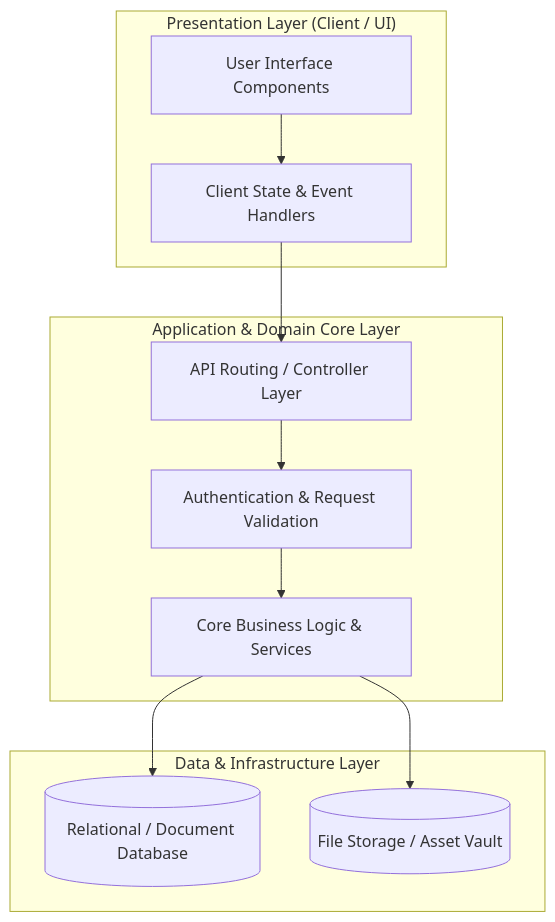
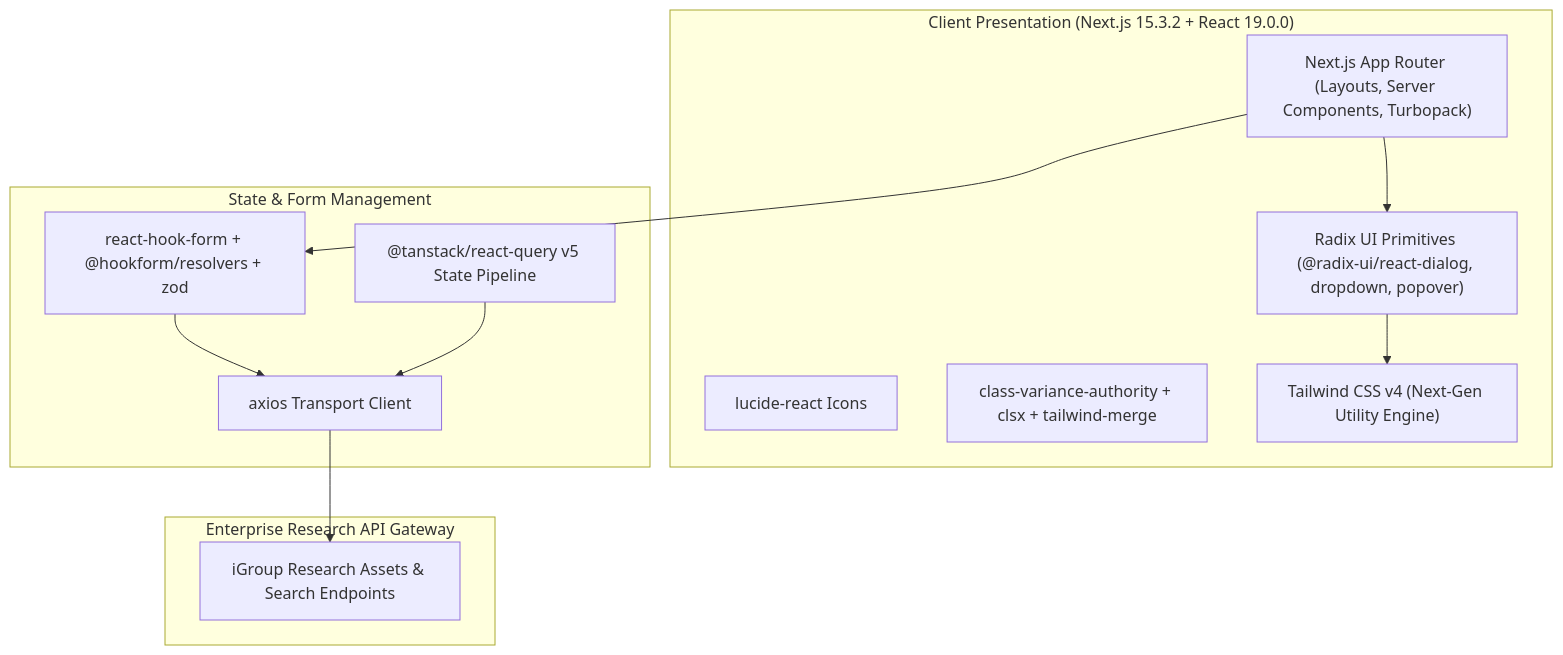
One commit to MHendriF/my-resume changed the diagram in experience/kipley-pte-ltd/overview-projects/igroup/ARCHITECTURE.md. Above: the diagram before and after it, drawn with Mermaid. The commit also changed other lines of this file and 27 other files, not shown here.

Commit message:
docs: synchronize all ARCHITECTURE.md files with exact package.json and composer.json manifests

````diff
--- a/experience/kipley-pte-ltd/overview-projects/igroup/ARCHITECTURE.md
+++ b/experience/kipley-pte-ltd/overview-projects/igroup/ARCHITECTURE.md
@@ -16,23 +19,24 @@
 ```mermaid
 flowchart TD
-    subgraph ClientPresentation ["Presentation Layer (Client / UI)"]
-        UI["User Interface Components"]
-        ClientState["Client State & Event Handlers"]
+    subgraph ClientNext15 ["Client Presentation (Next.js 15.3.2 + React 19.0.0)"]
+        AppRouter["Next.js App Router (Layouts, Server Components, Turbopack)"]
+        RadixPrimitives["Radix UI Primitives (@radix-ui/react-dialog, dropdown, popover)"]
+        LucideIcons["lucide-react Icons"]
+        ClassVariance["class-variance-authority + clsx + tailwind-merge"]
+        TailwindV4["Tailwind CSS v4 (Next-Gen Utility Engine)"]
     end
 
-    subgraph ApplicationCore ["Application & Domain Core Layer"]
-        RouterGateway["API Routing / Controller Layer"]
-        BusinessLogic["Core Business Logic & Services"]
-        SecurityMiddleware["Authentication & Request Validation"]
+    subgraph StateAndQuery ["State & Form Management"]
+        ReactHookForm["react-hook-form + @hookform/resolvers + zod"]
+        QueryState["@tanstack/react-query v5 State Pipeline"]
+        AxiosClient["axios Transport Client"]
     end
 
-    subgraph InfrastructureLayer ["Data & Infrastructure Layer"]
-        PrimaryStore[(Relational / Document Database)]
-        FileStore[(File Storage / Asset Vault)]
+    subgraph BackendGateway ["Enterprise Research API Gateway"]
+        ResearchAPI["iGroup Research Assets & Search Endpoints"]
     end
 
-    UI --> ClientState --> RouterGateway
-    RouterGateway --> SecurityMiddleware --> BusinessLogic
-    BusinessLogic --> PrimaryStore
-    BusinessLogic --> FileStore
+    AppRouter --> RadixPrimitives --> TailwindV4
+    AppRouter --> ReactHookForm --> AxiosClient --> ResearchAPI
+    QueryState --> AxiosClient
 ```
````
